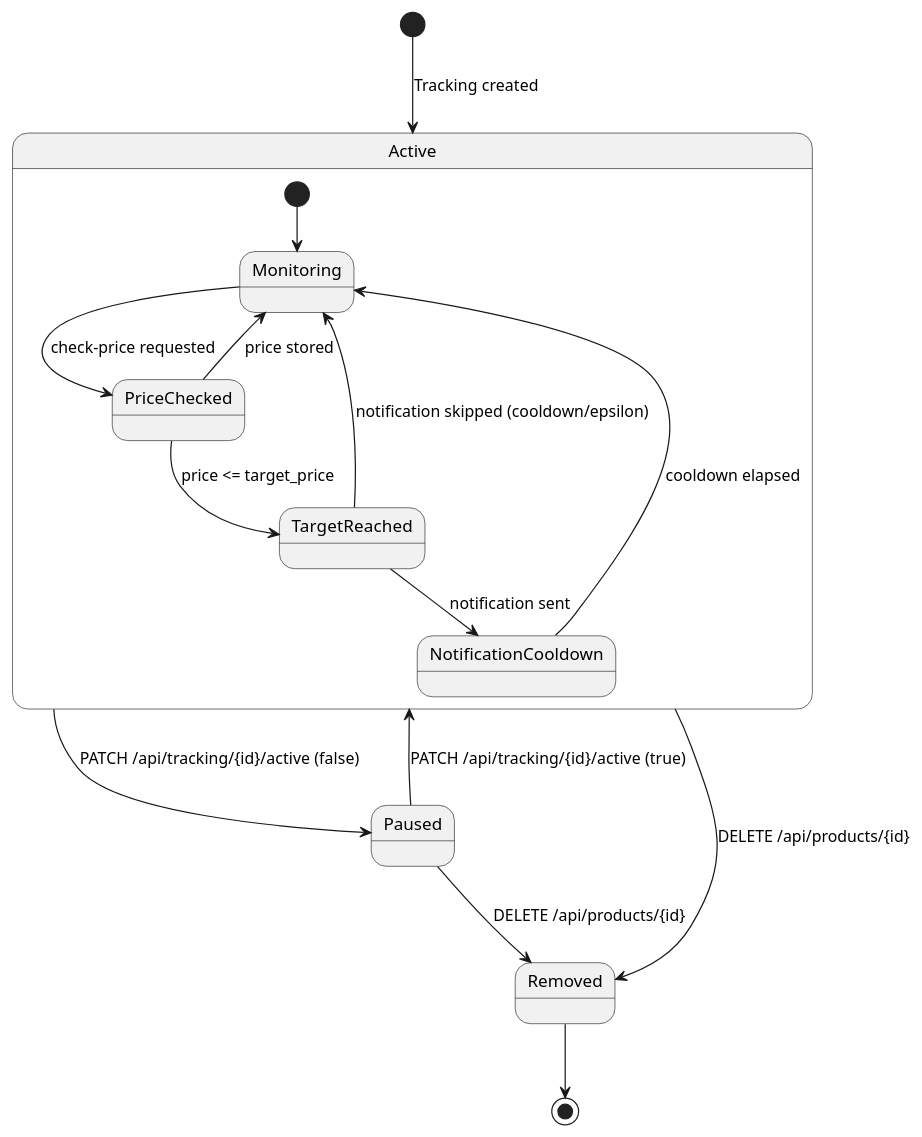
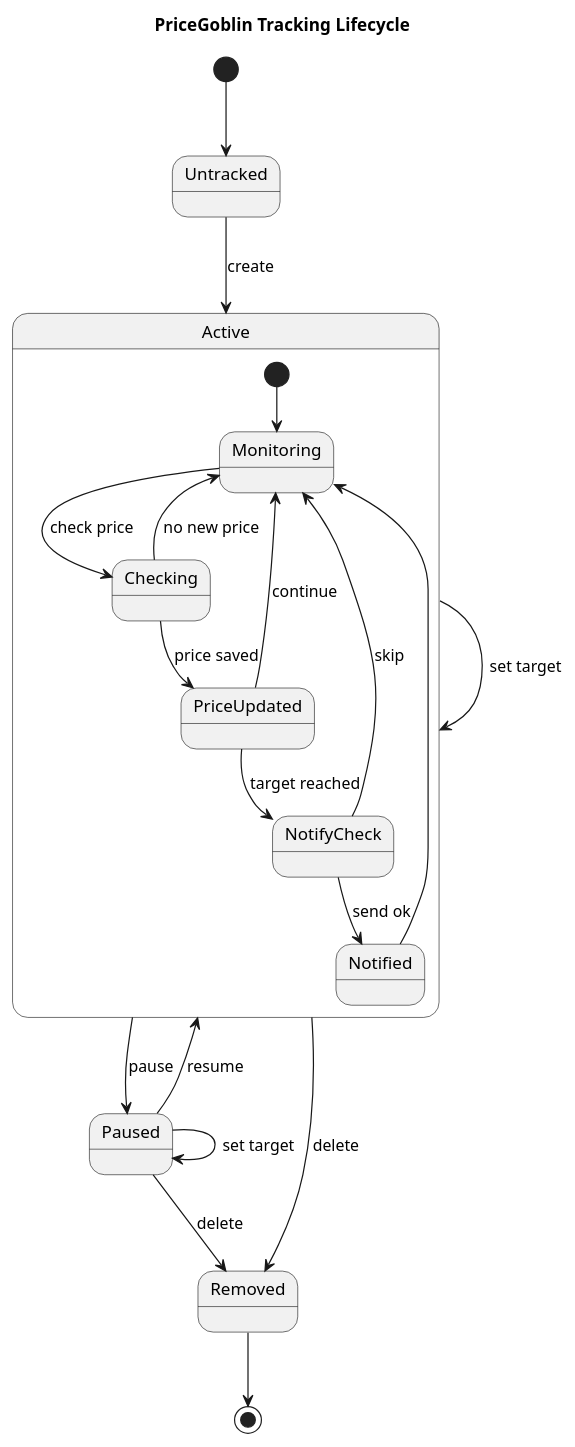
One commit to TheJokerGun/PriceGoblin changed the diagram in uml/state_diagram.puml. Above: the diagram before and after it, drawn with PlantUML. The commit also changed 6 other files, not shown here.

Commit message:
feat: Update database schema and UML diagrams for improved data integrity and tracking

```diff
--- a/uml/state_diagram.puml
+++ b/uml/state_diagram.puml
@@ -1,21 +1,33 @@
 @startuml StateDiagram
-[*] --> Active : Tracking created
+title PriceGoblin Tracking Lifecycle
+top to bottom direction
+skinparam shadowing false
+
+[*] --> Untracked
+Untracked --> Active : create
 
 state Active {
   [*] --> Monitoring
-  Monitoring --> PriceChecked : check-price requested
-  PriceChecked --> Monitoring : price stored
 
-  PriceChecked --> TargetReached : price <= target_price
-  TargetReached --> NotificationCooldown : notification sent
-  NotificationCooldown --> Monitoring : cooldown elapsed
-  TargetReached --> Monitoring : notification skipped (cooldown/epsilon)
+  Monitoring --> Checking : check price
+  Checking --> Monitoring : no new price
+  Checking --> PriceUpdated : price saved
+
+  PriceUpdated --> NotifyCheck : target reached
+  PriceUpdated --> Monitoring : continue
+
+  NotifyCheck --> Notified : send ok
+  NotifyCheck --> Monitoring : skip
+  Notified --> Monitoring
 }
 
-Active --> Paused : PATCH /api/tracking/{id}/active (false)
-Paused --> Active : PATCH /api/tracking/{id}/active (true)
+Active --> Paused : pause
+Paused --> Active : resume
 
-Active --> Removed : DELETE /api/products/{id}
-Paused --> Removed : DELETE /api/products/{id}
+Active --> Active : set target
+Paused --> Paused : set target
+
+Active --> Removed : delete
+Paused --> Removed : delete
 Removed --> [*]
 @enduml
```
